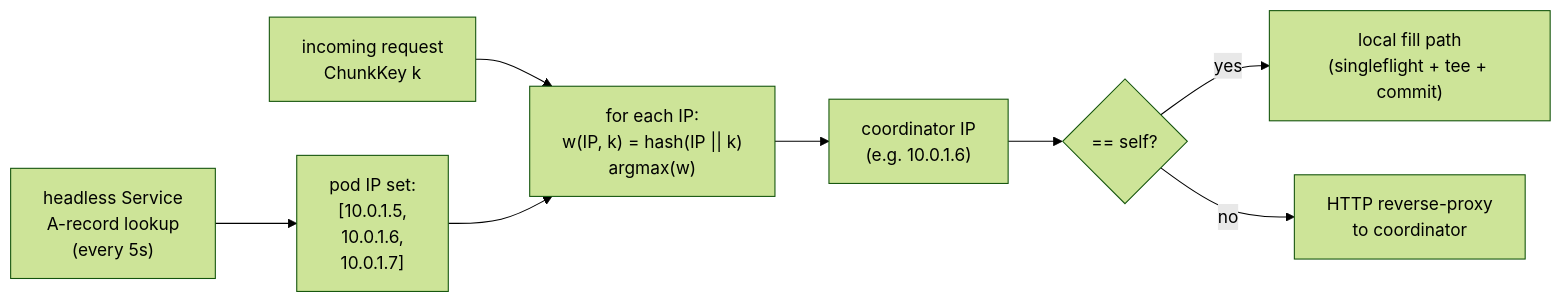
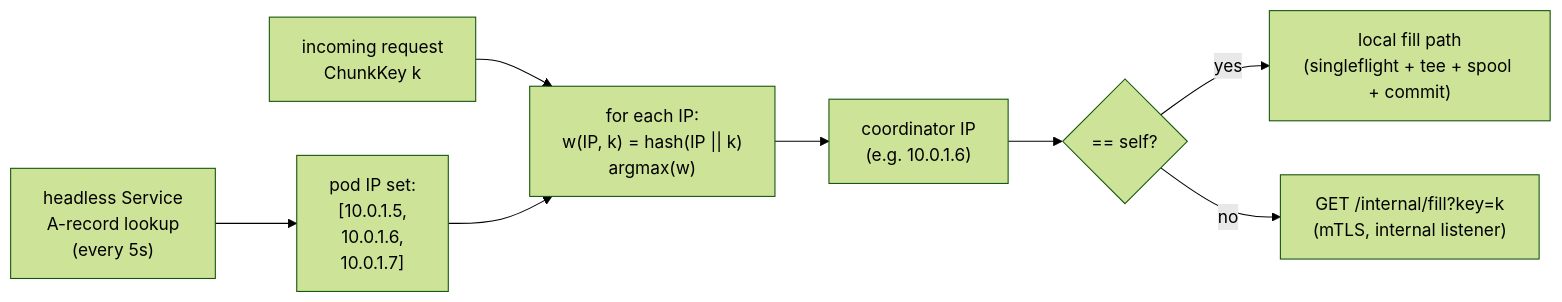
One commit to Azure/unbounded changed the tenth of 11 diagrams in designdocs/origincache/design.md. Above: the diagram before and after it, drawn with Mermaid (forest theme). The commit also changed other lines of this file, not shown here.

````diff
--- a/designdocs/origincache/design.md
+++ b/designdocs/origincache/design.md
@@ -510,10 +791,10 @@
 ```mermaid
 flowchart LR
     DNS["headless Service<br/>A-record lookup<br/>(every 5s)"] --> IPs["pod IP set:<br/>[10.0.1.5,<br/> 10.0.1.6,<br/> 10.0.1.7]"]
     Req["incoming request<br/>ChunkKey k"] --> Hash["for each IP:<br/>w(IP, k) = hash(IP || k)<br/>argmax(w)"]
     IPs --> Hash
     Hash --> Coord["coordinator IP<br/>(e.g. 10.0.1.6)"]
     Coord --> Decide{"== self?"}
-    Decide -- "yes" --> Local["local fill path<br/>(singleflight + tee + commit)"]
-    Decide -- "no" --> Forward["HTTP reverse-proxy<br/>to coordinator"]
+    Decide -- "yes" --> Local["local fill path<br/>(singleflight + tee + spool + commit)"]
+    Decide -- "no" --> Forward["GET /internal/fill?key=k<br/>(mTLS, internal listener)"]
 ```
````
